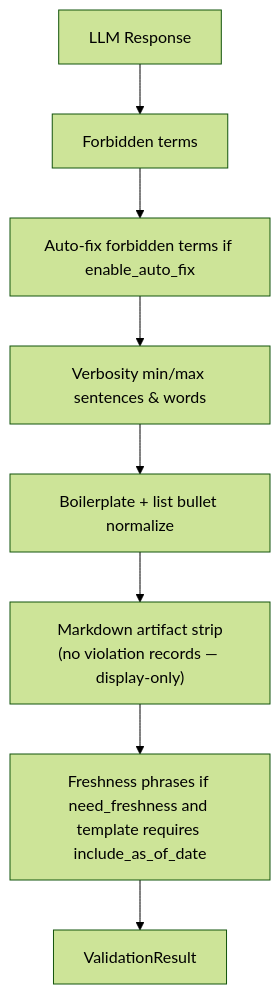
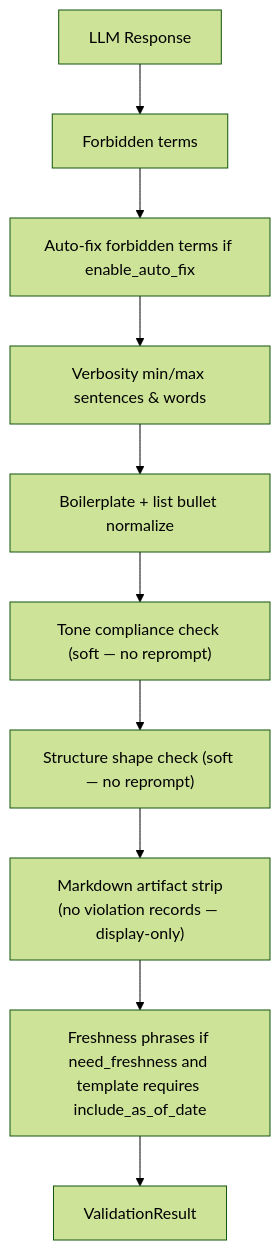
One commit to mayad123/movieAgent changed the fifth of 6 diagrams in docs/features/prompting/PROMPT_PIPELINE.md. Above: the diagram before and after it, drawn with Mermaid (forest theme). The commit also changed other lines of this file and 3 other files, not shown here.

````diff
--- a/docs/features/prompting/PROMPT_PIPELINE.md
+++ b/docs/features/prompting/PROMPT_PIPELINE.md
@@ -229,10 +230,12 @@
 ```mermaid
 flowchart TD
     RESPONSE["LLM Response"] --> FT["Forbidden terms"]
     FT --> AF["Auto-fix forbidden terms if enable_auto_fix"]
     AF --> VERB["Verbosity min/max sentences & words"]
     VERB --> BP["Boilerplate + list bullet normalize"]
-    BP --> MD["Markdown artifact strip<br/>(no violation records — display-only)"]
+    BP --> TONE["Tone compliance check (soft — no reprompt)"]
+    TONE --> SHAPE["Structure shape check (soft — no reprompt)"]
+    SHAPE --> MD["Markdown artifact strip<br/>(no violation records — display-only)"]
     MD --> FRESH["Freshness phrases if need_freshness and template requires include_as_of_date"]
     FRESH --> RESULT["ValidationResult"]
 ```
````
